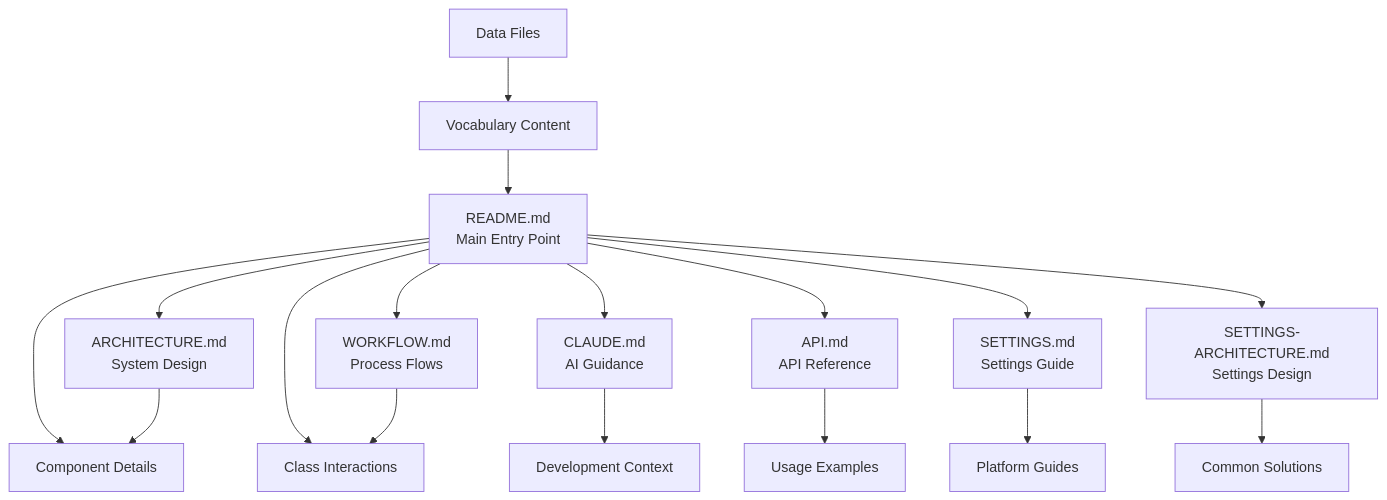
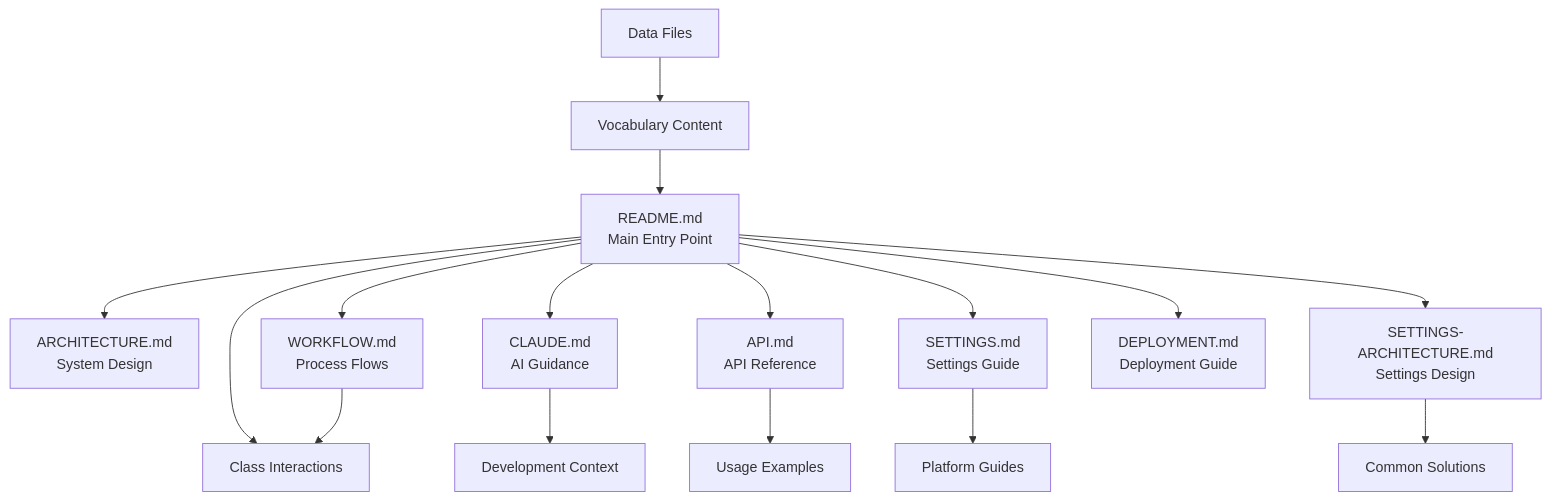
The diagram in docs/README.md (david3xu/ccl-pronunciation-trainer), drawn with Mermaid before and after one commit. The commit also changed other lines of this file and 16 other files, not shown here.

````diff
--- a/docs/README.md
+++ b/docs/README.md
@@ -42,21 +42,20 @@
 ```mermaid
 graph TD
     A[README.md<br/>Main Entry Point] --> B[ARCHITECTURE.md<br/>System Design]
     A --> C[WORKFLOW.md<br/>Process Flows]
     A --> D[CLAUDE.md<br/>AI Guidance]
     A --> E[API.md<br/>API Reference]
     A --> F[SETTINGS.md<br/>Settings Guide]
     A --> G[SETTINGS-ARCHITECTURE.md<br/>Settings Design]
     A --> H[DEPLOYMENT.md<br/>Deployment Guide]
     A --> I[TROUBLESHOOTING.md<br/>Issue Resolution]
 
-    B --> H[Component Details]
     C --> I[Class Interactions]
     D --> J[Development Context]
     E --> K[Usage Examples]
     F --> L[Platform Guides]
     G --> M[Common Solutions]
 
     N[Data Files] --> O[Vocabulary Content]
     O --> A
 ```
````
